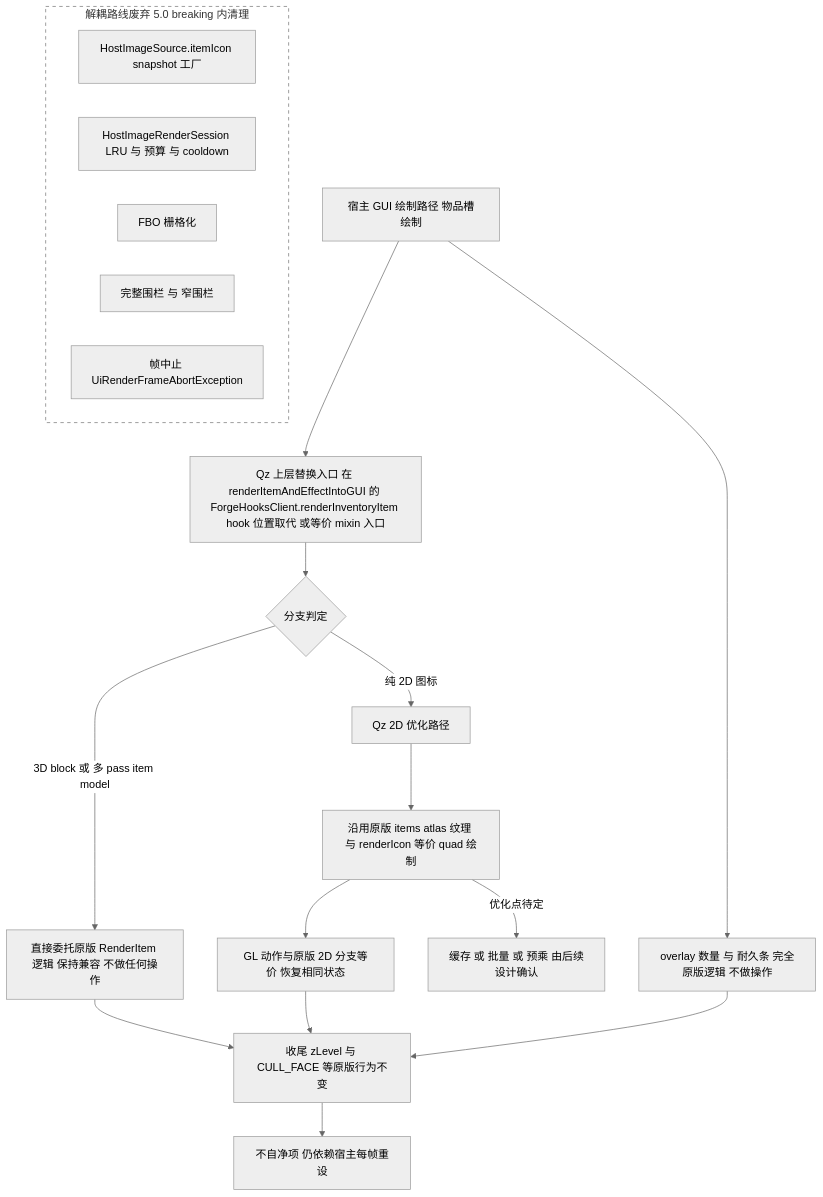
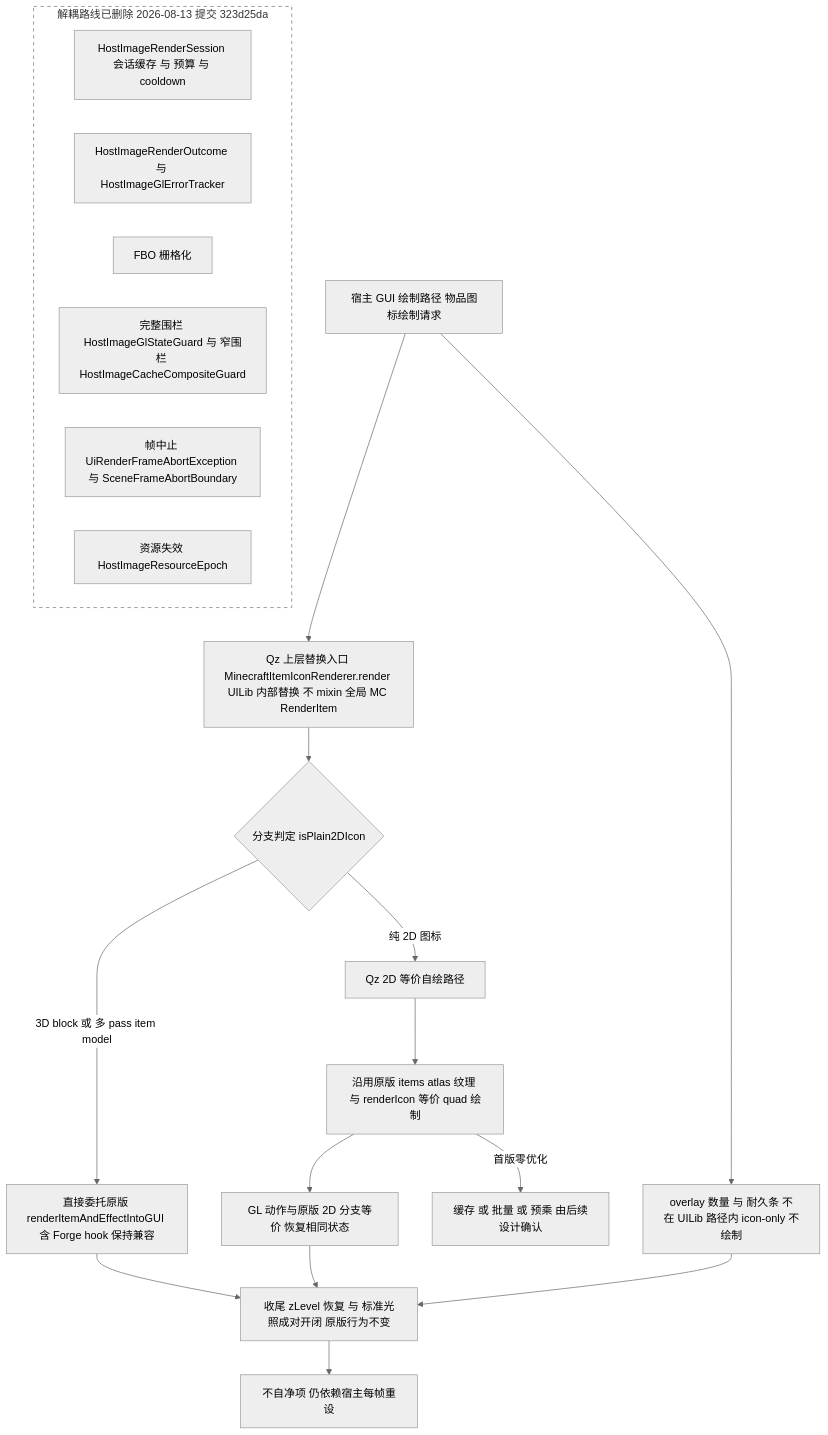
Before and after one commit to QuanhuZeYu/Qz-UILib: the diagram in docs/开发者文档/规格文档/物品渲染上层替换大纲.md, drawn with Mermaid (neutral theme). The commit also changed other lines of this file and 8 other files, not shown here.

````diff
--- a/docs/开发者文档/规格文档/物品渲染上层替换大纲.md
+++ b/docs/开发者文档/规格文档/物品渲染上层替换大纲.md
@@ -9,23 +9,24 @@
 ```mermaid
 flowchart TD
-    A["宿主 GUI 绘制路径 物品槽绘制"] --> B["Qz 上层替换入口 在 renderItemAndEffectIntoGUI 的 ForgeHooksClient.renderInventoryItem hook 位置取代 或等价 mixin 入口"]
-    A --> J["overlay 数量 与 耐久条 完全原版逻辑 不做操作"]
-    B --> C{"分支判定"}
-    C -- "3D block 或 多 pass item model" --> D["直接委托原版 RenderItem 逻辑 保持兼容 不做任何操作"]
-    C -- "纯 2D 图标" --> F["Qz 2D 优化路径"]
+    A["宿主 GUI 绘制路径 物品图标绘制请求"] --> B["Qz 上层替换入口 MinecraftItemIconRenderer.render UILib 内部替换 不 mixin 全局 MC RenderItem"]
+    A --> J["overlay 数量 与 耐久条 不在 UILib 路径内 icon-only 不绘制"]
+    B --> C{"分支判定 isPlain2DIcon"}
+    C -- "3D block 或 多 pass item model" --> D["直接委托原版 renderItemAndEffectIntoGUI 含 Forge hook 保持兼容"]
+    C -- "纯 2D 图标" --> F["Qz 2D 等价自绘路径"]
     F --> G["沿用原版 items atlas 纹理 与 renderIcon 等价 quad 绘制"]
     G --> H["GL 动作与原版 2D 分支等价 恢复相同状态"]
-    G -- "优化点待定" --> I["缓存 或 批量 或 预乘 由后续设计确认"]
-    D --> K["收尾 zLevel 与 CULL_FACE 等原版行为不变"]
+    G -- "首版零优化" --> I["缓存 或 批量 或 预乘 由后续设计确认"]
+    D --> K["收尾 zLevel 恢复 与 标准光照成对开闭 原版行为不变"]
     H --> K
     J --> K
     K --> L["不自净项 仍依赖宿主每帧重设"]
-    subgraph LEGACY["解耦路线废弃 5.0 breaking 内清理"]
-        M["HostImageSource.itemIcon snapshot 工厂"]
-        N["HostImageRenderSession LRU 与 预算 与 cooldown"]
+    subgraph LEGACY["解耦路线已删除 2026-08-13 提交 323d25da"]
+        M["HostImageRenderSession 会话缓存 与 预算 与 cooldown"]
+        N["HostImageRenderOutcome 与 HostImageGlErrorTracker"]
         O["FBO 栅格化"]
-        P["完整围栏 与 窄围栏"]
-        Q["帧中止 UiRenderFrameAbortException"]
+        P["完整围栏 HostImageGlStateGuard 与 窄围栏 HostImageCacheCompositeGuard"]
+        Q["帧中止 UiRenderFrameAbortException 与 SceneFrameAbortBoundary"]
+        R["资源失效 HostImageResourceEpoch"]
     end
     style LEGACY fill:none,stroke-dasharray:5,5
 ```
````
